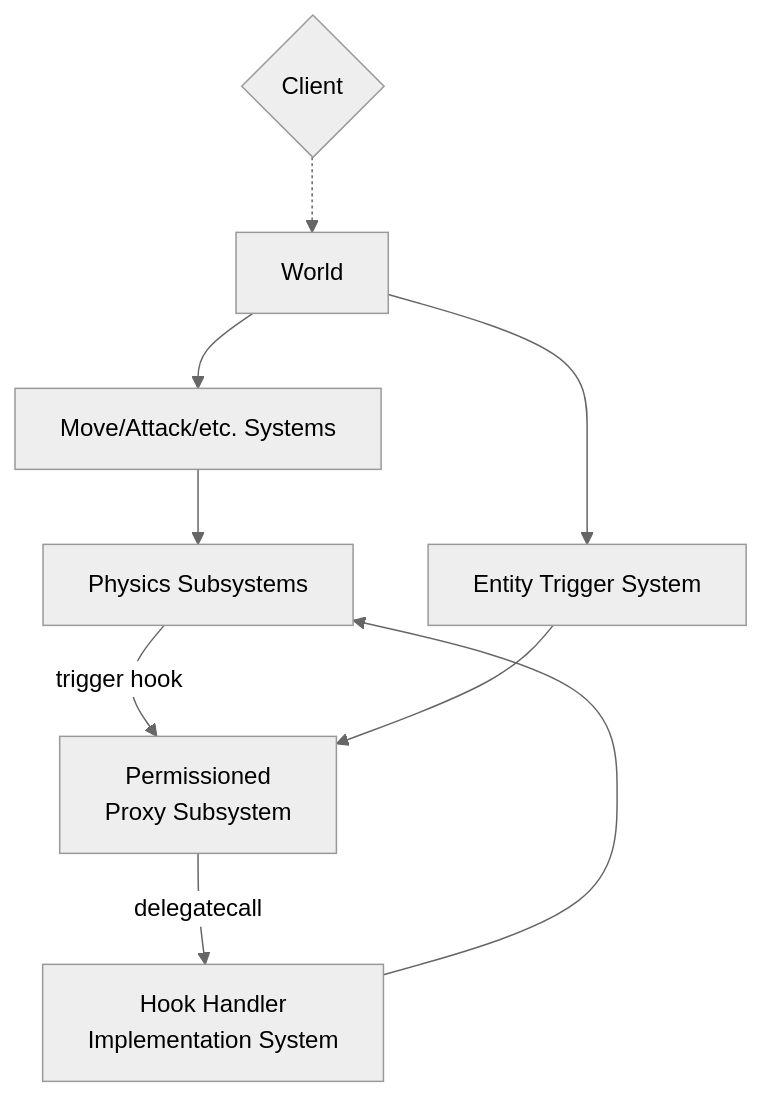
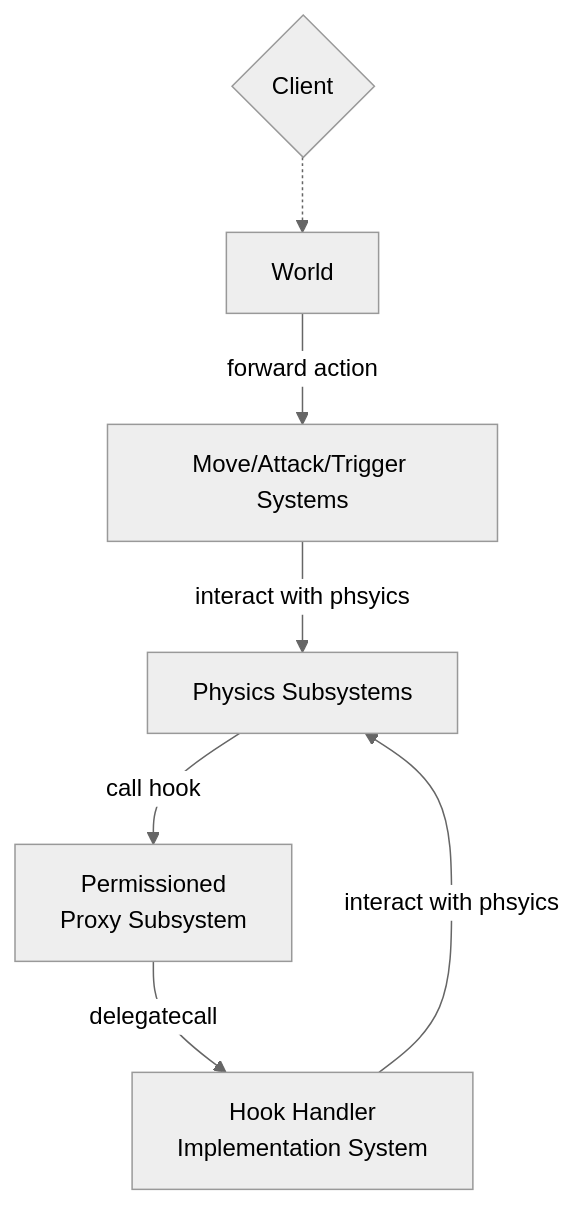
One commit to Boffee/modgame changed the diagram in README.md. Above: the diagram before and after it, drawn with Mermaid (neutral theme). The commit also changed other lines of this file, not shown here.

````diff
--- a/README.md
+++ b/README.md
@@ -3,11 +3,9 @@
 ```mermaid
 graph TD;
   c{Client} -.-> w[World]
-  w --> s[Move/Attack/etc. Systems]
-  s --> ps[Physics Subsystems]
-  ps --trigger hook--> php[Permissioned\nProxy Subsystem]
-  php --delegatecall--> h[Hook Handler\nImplementation System]
-  w --> ets[Entity Trigger System]
-  ets --> php
-  h --> ps
+  w --forward action--> s[Move/Attack/Trigger Systems]
+  s --interact with phsyics--> ps[Physics Subsystems]
+  ps --"call hook"--> php[Permissioned\nProxy Subsystem]
+  php --"delegatecall"--> h[Hook Handler\nImplementation System]
+  h --interact with phsyics--> ps
 ```
````
